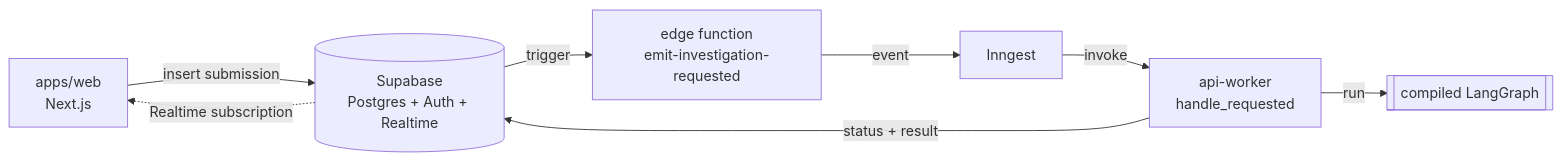
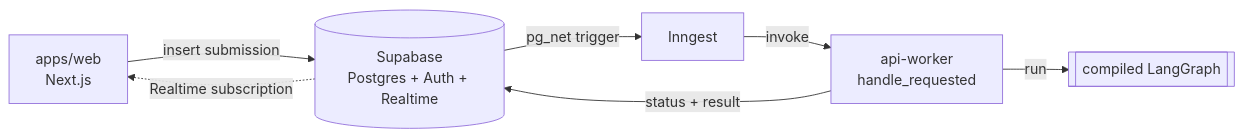
The first of 2 diagrams in README.md (ronmrcdo/job-hunt-verification), drawn with Mermaid before and after one commit. The commit also changed other lines of this file and 6 other files, not shown here.

First line of the commit message:
docs: fix dangling references to deleted emit-investigation-requested fn

````diff
--- a/README.md
+++ b/README.md
@@ -71,10 +71,9 @@
 ```mermaid
 flowchart LR
     W[apps/web<br/>Next.js] -->|insert submission| S[(Supabase<br/>Postgres + Auth + Realtime)]
-    S -->|trigger| EF[edge function<br/>emit-investigation-requested]
-    EF -->|event| IN[Inngest]
+    S -->|pg_net trigger| IN[Inngest]
     IN -->|invoke| WK[api-worker<br/>handle_requested]
     WK -->|run| G[[compiled LangGraph]]
     WK -->|status + result| S
     S -.->|Realtime subscription| W
 ```
````
